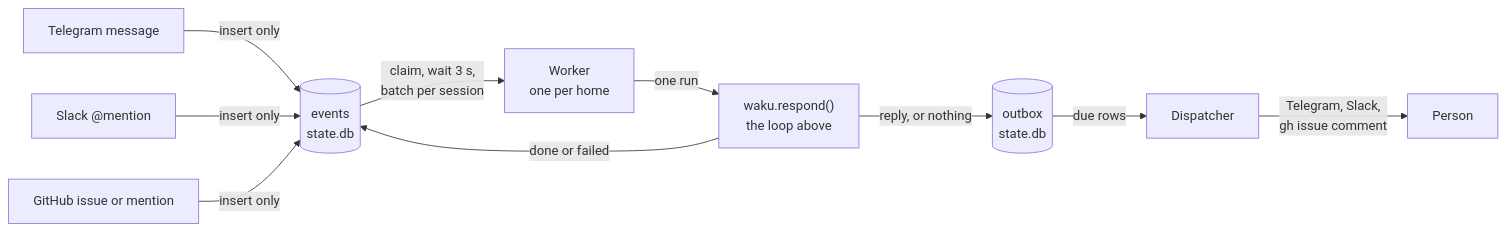
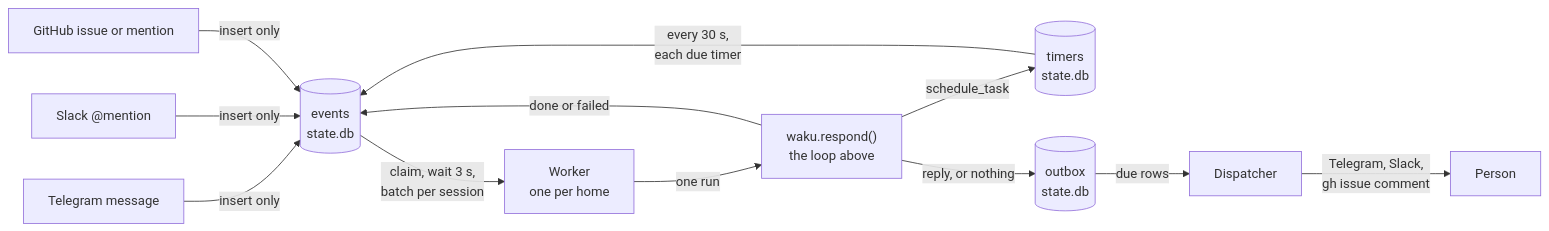
Before and after one commit to ShenSeanChen/waku-agent: the third of 3 diagrams in docs/architecture.md, drawn with Mermaid. The commit also changed other lines of this file and 4 other files, not shown here.

First line of the commit message:
Describe timers and schedule_task in the docs they make false

````diff
--- a/docs/architecture.md
+++ b/docs/architecture.md
@@ -89,10 +89,12 @@
 ```mermaid
 flowchart LR
   TG["Telegram message"] & SL["Slack @mention"] & GH["GitHub issue or mention"] -->|insert only| EV[("events<br/>state.db")]
+  TI[("timers<br/>state.db")] -->|every 30 s,<br/>each due timer| EV
+  RUN -->|schedule_task| TI
   EV -->|claim, wait 3 s,<br/>batch per session| W["Worker<br/>one per home"]
   W -->|one run| RUN["waku.respond()<br/>the loop above"]
   RUN -->|done or failed| EV
   RUN -->|reply, or nothing| OB[("outbox<br/>state.db")]
   OB -->|due rows| D["Dispatcher"]
   D -->|Telegram, Slack,<br/>gh issue comment| P["Person"]
 ```
````
